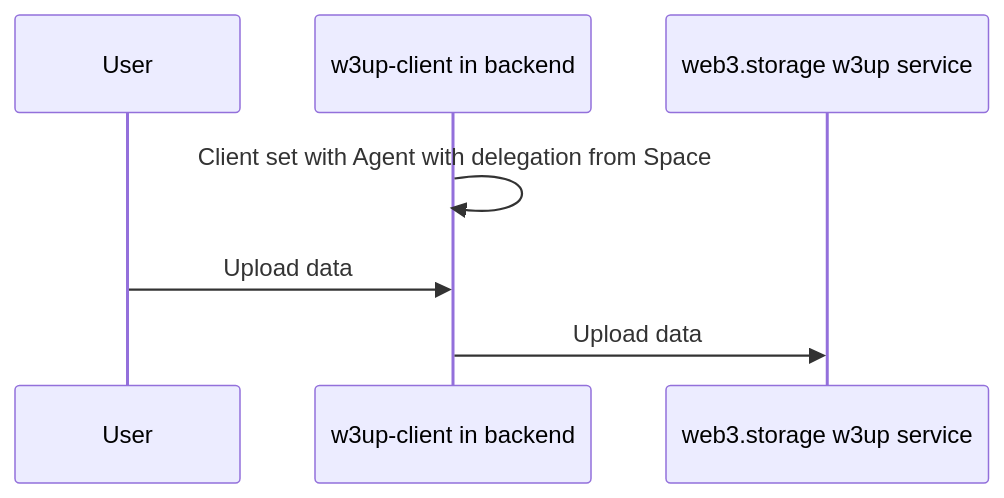
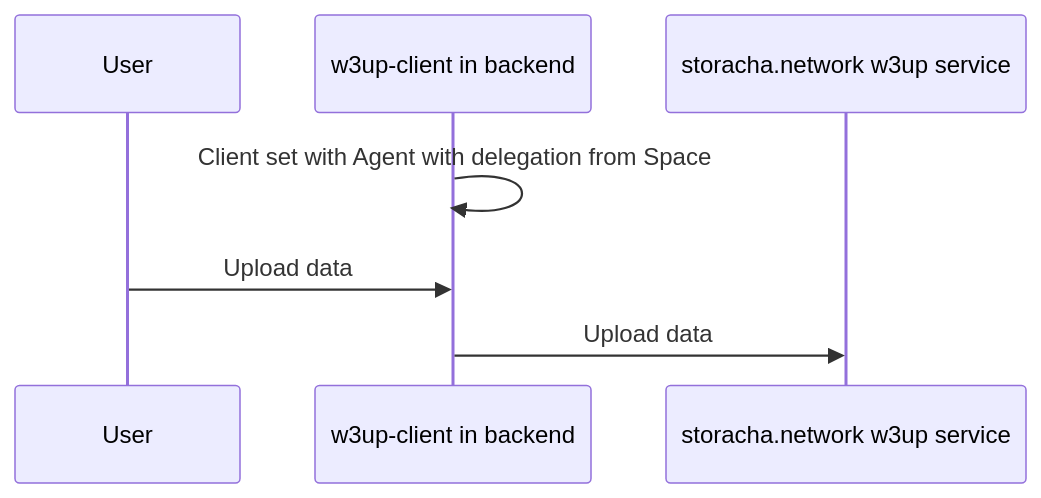
Before and after one commit to storacha/w3up: the third of 5 diagrams in packages/w3up-client/README.md, drawn with Mermaid. The commit also changed other lines of this file and 256 other files, not shown here.

````diff
--- a/packages/w3up-client/README.md
+++ b/packages/w3up-client/README.md
@@ -255,7 +255,7 @@
 ```mermaid
 sequenceDiagram
     participant User
     w3up-client in backend->>w3up-client in backend: Client set with Agent with delegation from Space
     User->>w3up-client in backend: Upload data
-    w3up-client in backend->>web3.storage w3up service: Upload data
+    w3up-client in backend->>storacha.network w3up service: Upload data
 ```
````
